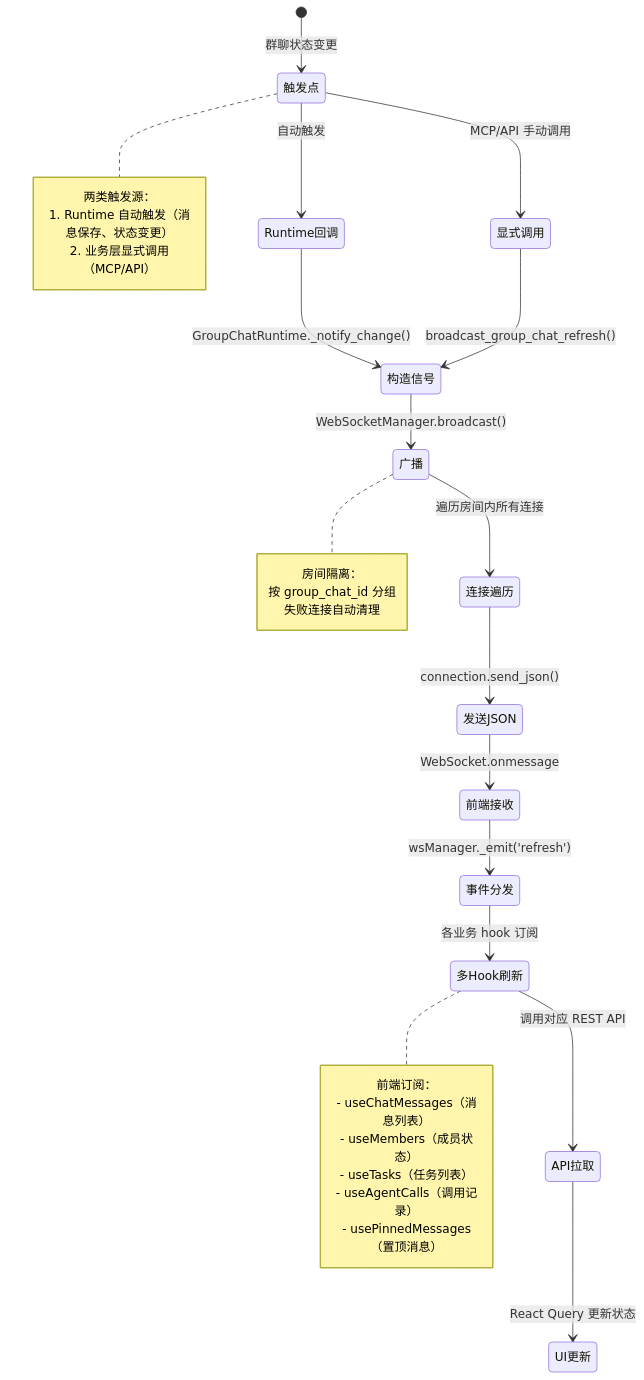
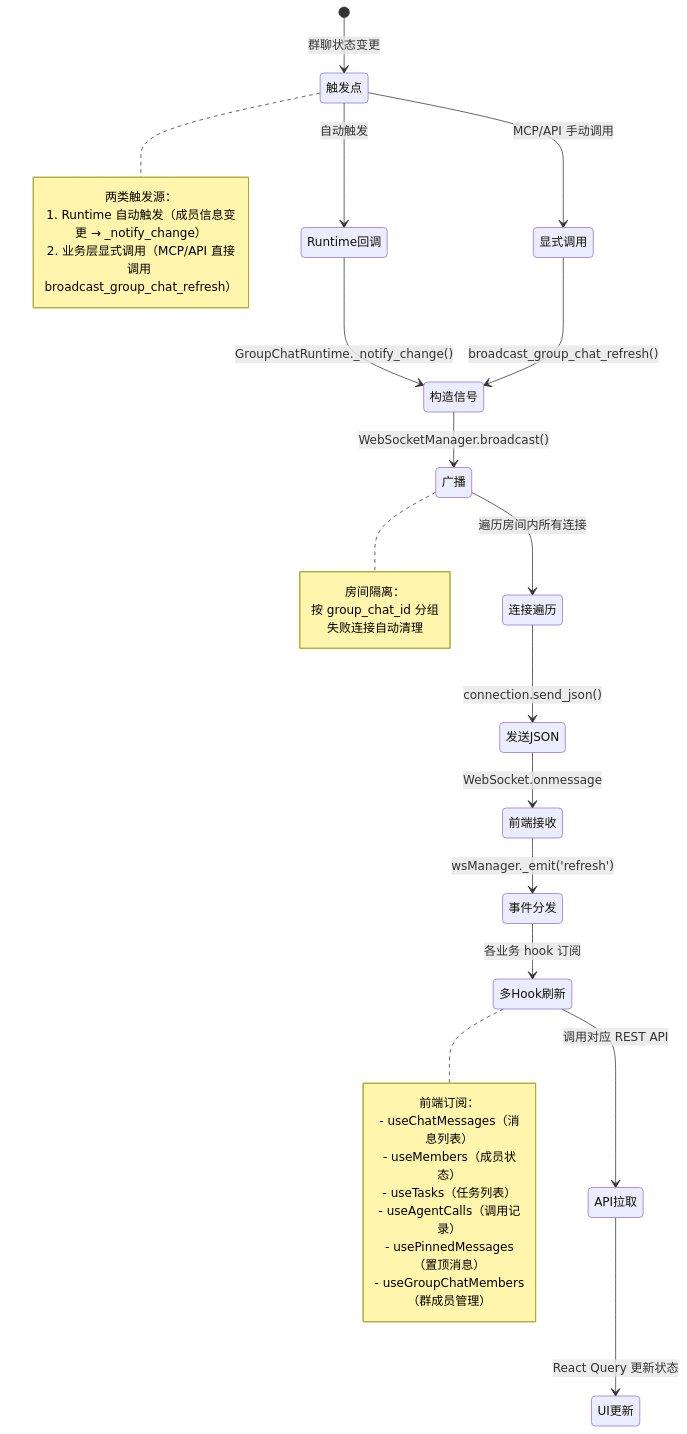
Before and after one commit to nikonikoni4/agents-hub: the diagram in docs/flows/websocket-refresh-signal.md, drawn with Mermaid. The commit also changed other lines of this file and 19 other files, not shown here.

First line of the commit message:
feat: flow 文档体系完善与自动化工具测试

````diff
--- a/docs/flows/websocket-refresh-signal.md
+++ b/docs/flows/websocket-refresh-signal.md
@@ -91,40 +92,41 @@
 ```mermaid
 stateDiagram-v2
     [*] --> 触发点: 群聊状态变更
     触发点 --> Runtime回调: 自动触发
     触发点 --> 显式调用: MCP/API 手动调用
     
     Runtime回调 --> 构造信号: GroupChatRuntime._notify_change()
     显式调用 --> 构造信号: broadcast_group_chat_refresh()
     
     构造信号 --> 广播: WebSocketManager.broadcast()
     广播 --> 连接遍历: 遍历房间内所有连接
     连接遍历 --> 发送JSON: connection.send_json()
     
     发送JSON --> 前端接收: WebSocket.onmessage
     前端接收 --> 事件分发: wsManager._emit('refresh')
     事件分发 --> 多Hook刷新: 各业务 hook 订阅
     多Hook刷新 --> API拉取: 调用对应 REST API
     API拉取 --> UI更新: React Query 更新状态
     
     note right of 触发点
         两类触发源：
-        1. Runtime 自动触发（消息保存、状态变更）
-        2. 业务层显式调用（MCP/API）
+        1. Runtime 自动触发（成员信息变更 → _notify_change）
+        2. 业务层显式调用（MCP/API 直接调用 broadcast_group_chat_refresh）
     end note
     
     note right of 广播
         房间隔离：
         按 group_chat_id 分组
         失败连接自动清理
     end note
     
     note right of 多Hook刷新
         前端订阅：
         - useChatMessages（消息列表）
         - useMembers（成员状态）
         - useTasks（任务列表）
         - useAgentCalls（调用记录）
         - usePinnedMessages（置顶消息）
+        - useGroupChatMembers（群成员管理）
     end note
 ```
````
